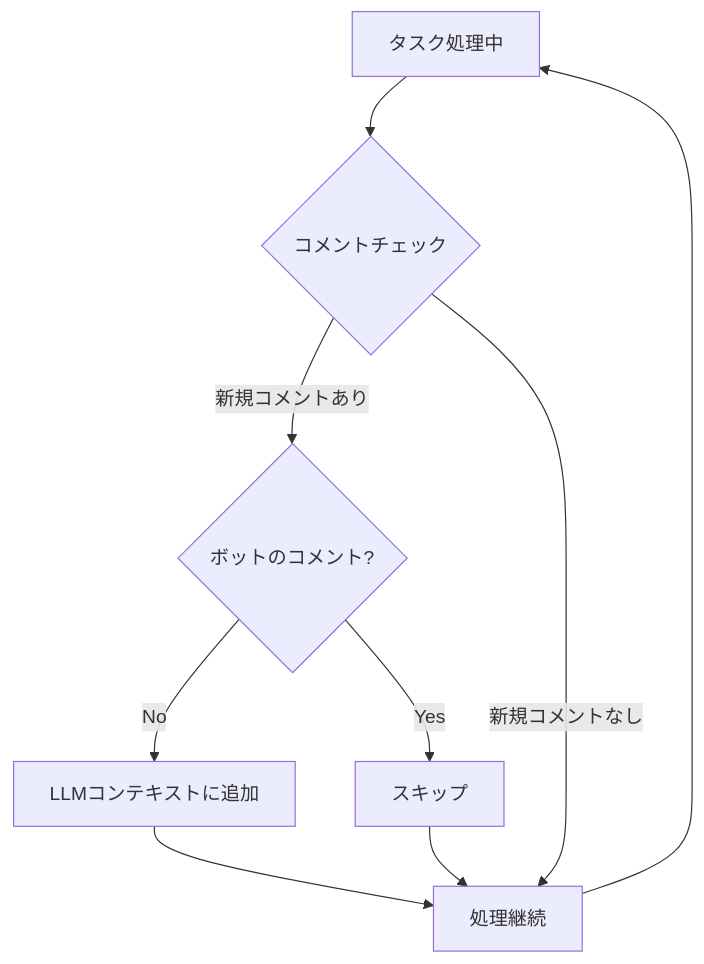
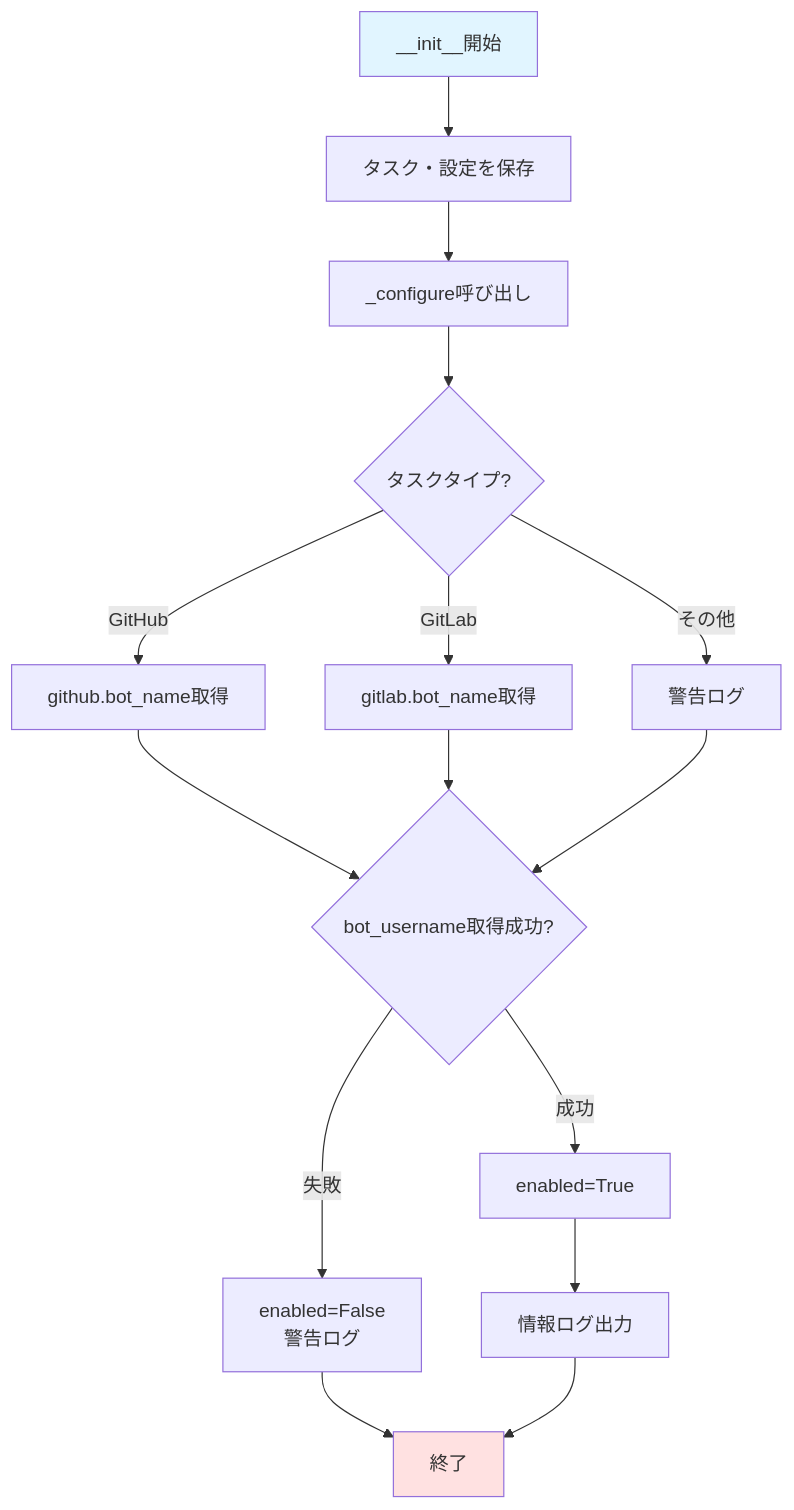
One commit to notfolder/coding_agent changed the second of 4 diagrams in docs/spec/COMMENT_DETECTION_SPECIFICATION.md. Above: the diagram before and after it, drawn with Mermaid. The commit also changed other lines of this file and 19 other files, not shown here.

````diff
--- a/docs/spec/COMMENT_DETECTION_SPECIFICATION.md
+++ b/docs/spec/COMMENT_DETECTION_SPECIFICATION.md
@@ -22,11 +293,23 @@
 ```mermaid
 flowchart TD
-    A[タスク処理中] --> B{コメントチェック}
-    B -->|新規コメントあり| C{ボットのコメント?}
-    C -->|Yes| D[スキップ]
-    C -->|No| E[LLMコンテキストに追加]
-    E --> F[処理継続]
-    D --> F
-    B -->|新規コメントなし| F
-    F --> A
+    A[__init__開始] --> B[タスク・設定を保存]
+    B --> C[_configure呼び出し]
+    C --> D{タスクタイプ?}
+    D -->|GitHub| E[github.bot_name取得]
+    D -->|GitLab| F[gitlab.bot_name取得]
+    D -->|その他| G[警告ログ]
+    
+    E --> H{bot_username取得成功?}
+    F --> H
+    G --> H
+    
+    H -->|成功| I[enabled=True]
+    H -->|失敗| J[enabled=False<br/>警告ログ]
+    
+    I --> K[情報ログ出力]
+    J --> L[終了]
+    K --> L
+    
+    style A fill:#e1f5ff
+    style L fill:#ffe1e1
 ```
````
